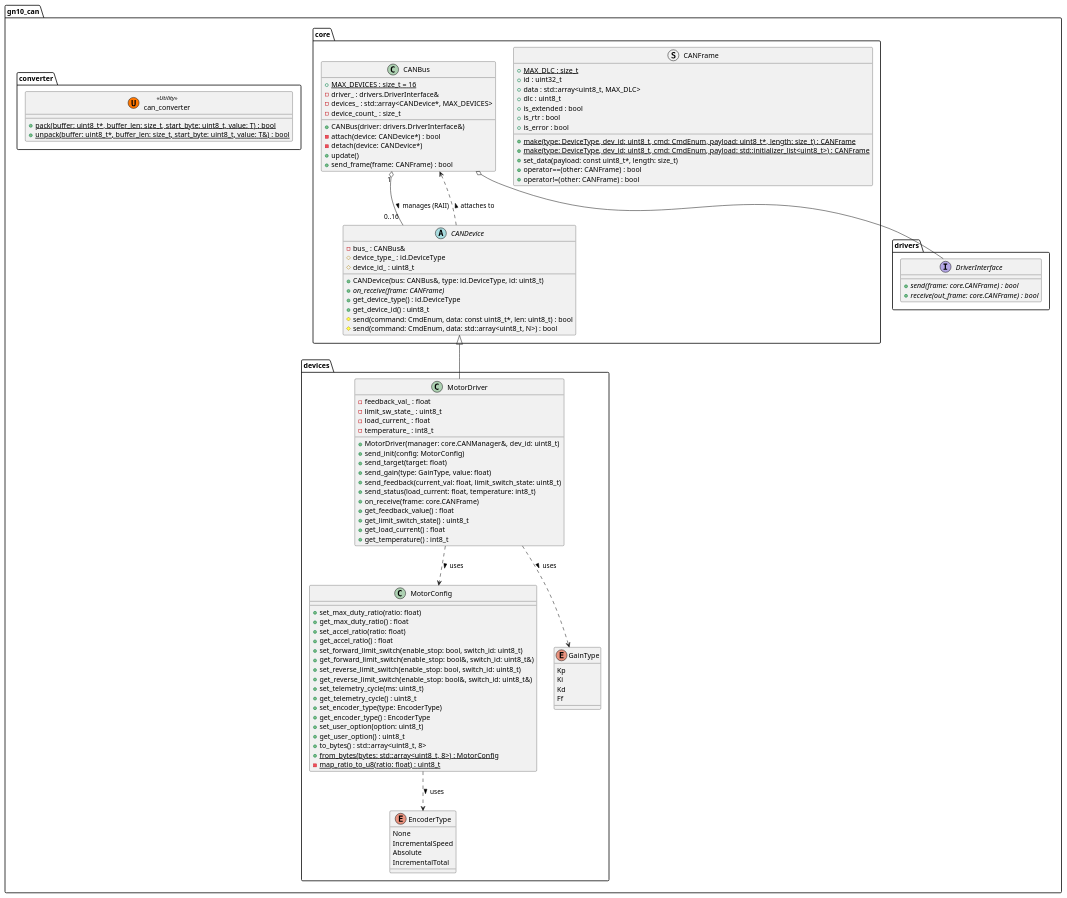
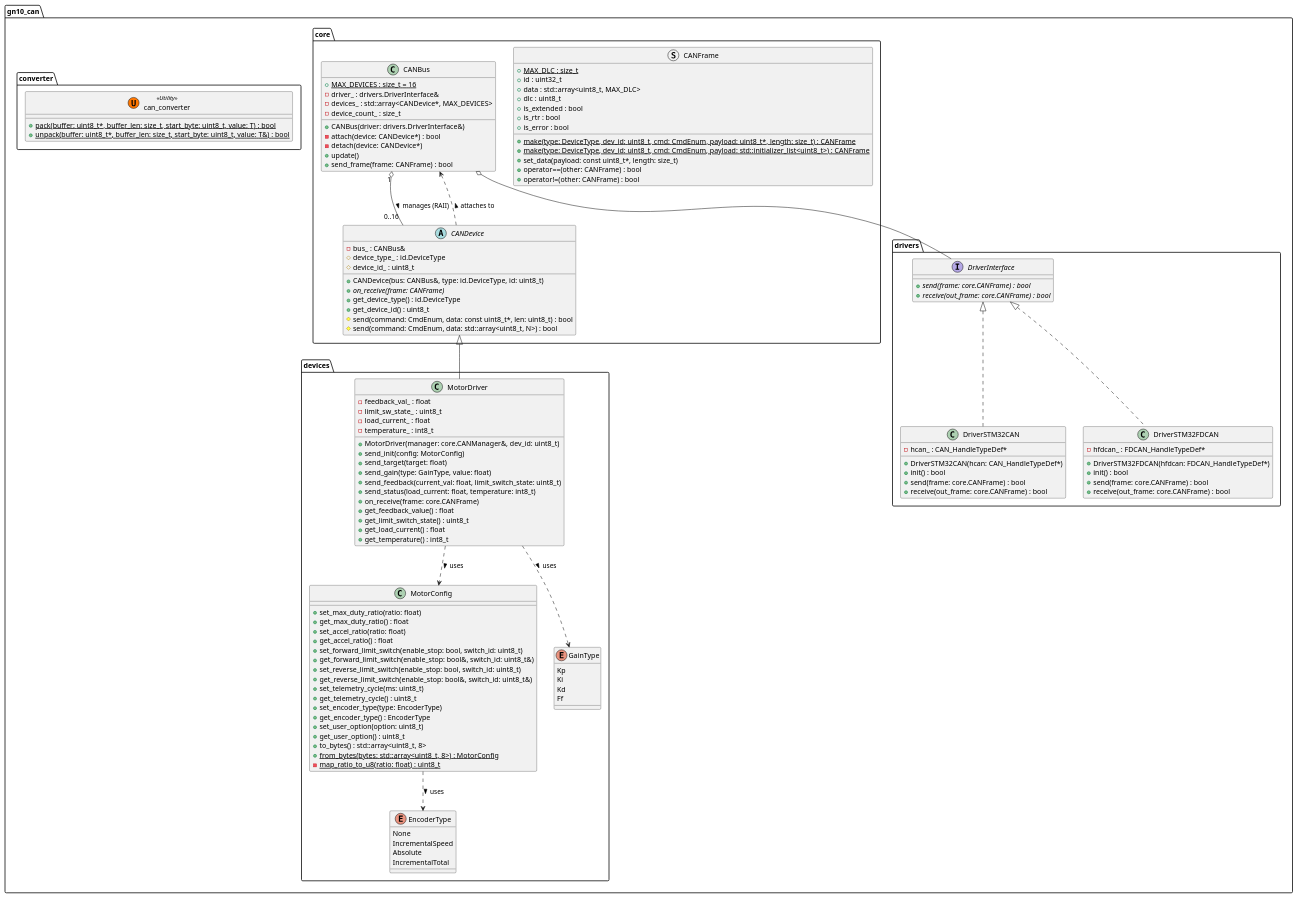
The diagram in uml/class.pu (ararobo/GN10CANModels), drawn with PlantUML before and after one commit. The commit also changed 1 other file, not shown here.

Commit message:
add: DriverSTM32CAN and DriverSTM32FDCAN classes to uml

```diff
--- a/uml/class.pu
+++ b/uml/class.pu
@@ -1,123 +1,142 @@
 @startuml class_diagram
 
 namespace gn10_can {
 
     namespace core {
         struct CANFrame {
             + {static} MAX_DLC : size_t
             + id : uint32_t
             + data : std::array<uint8_t, MAX_DLC>
             + dlc : uint8_t
             + is_extended : bool
             + is_rtr : bool
             + is_error : bool
             + {static} make(type: DeviceType, dev_id: uint8_t, cmd: CmdEnum, payload: uint8_t*, length: size_t) : CANFrame
             + {static} make(type: DeviceType, dev_id: uint8_t, cmd: CmdEnum, payload: std::initializer_list<uint8_t>) : CANFrame
             + set_data(payload: const uint8_t*, length: size_t)
             + operator==(other: CANFrame) : bool
             + operator!=(other: CANFrame) : bool
         }
 
         class CANBus {
             + {static} MAX_DEVICES : size_t = 16
             - driver_ : drivers.DriverInterface&
             - devices_ : std::array<CANDevice*, MAX_DEVICES>
             - device_count_ : size_t
             + CANBus(driver: drivers.DriverInterface&)
             - attach(device: CANDevice*) : bool
             - detach(device: CANDevice*)
             + update()
             + send_frame(frame: CANFrame) : bool
         }
 
         abstract class CANDevice {
             - bus_ : CANBus&
             # device_type_ : id.DeviceType
             # device_id_ : uint8_t
             + CANDevice(bus: CANBus&, type: id.DeviceType, id: uint8_t)
             + {abstract} on_receive(frame: CANFrame)
             + get_device_type() : id.DeviceType
             + get_device_id() : uint8_t
             # send(command: CmdEnum, data: const uint8_t*, len: uint8_t) : bool
             # send(command: CmdEnum, data: std::array<uint8_t, N>) : bool
         }
     }
 
     namespace drivers {
         interface DriverInterface {
             + {abstract} send(frame: core.CANFrame) : bool
             + {abstract} receive(out_frame: core.CANFrame) : bool
+        }
+
+        class DriverSTM32CAN {
+            - hcan_ : CAN_HandleTypeDef*
+            + DriverSTM32CAN(hcan: CAN_HandleTypeDef*)
+            + init() : bool
+            + send(frame: core.CANFrame) : bool
+            + receive(out_frame: core.CANFrame) : bool
+        }
+
+        class DriverSTM32FDCAN {
+            - hfdcan_ : FDCAN_HandleTypeDef*
+            + DriverSTM32FDCAN(hfdcan: FDCAN_HandleTypeDef*)
+            + init() : bool
+            + send(frame: core.CANFrame) : bool
+            + receive(out_frame: core.CANFrame) : bool
         }
     }
 
     namespace devices {
         class MotorDriver {
             - feedback_val_ : float
             - limit_sw_state_ : uint8_t
             - load_current_ : float
             - temperature_ : int8_t
             + MotorDriver(manager: core.CANManager&, dev_id: uint8_t)
             + send_init(config: MotorConfig)
             + send_target(target: float)
             + send_gain(type: GainType, value: float)
             + send_feedback(current_val: float, limit_switch_state: uint8_t)
             + send_status(load_current: float, temperature: int8_t)
             + on_receive(frame: core.CANFrame)
             + get_feedback_value() : float
             + get_limit_switch_state() : uint8_t
             + get_load_current() : float
             + get_temperature() : int8_t
         }
 
         class MotorConfig {
             + set_max_duty_ratio(ratio: float)
             + get_max_duty_ratio() : float
             + set_accel_ratio(ratio: float)
             + get_accel_ratio() : float
             + set_forward_limit_switch(enable_stop: bool, switch_id: uint8_t)
             + get_forward_limit_switch(enable_stop: bool&, switch_id: uint8_t&)
             + set_reverse_limit_switch(enable_stop: bool, switch_id: uint8_t)
             + get_reverse_limit_switch(enable_stop: bool&, switch_id: uint8_t&)
             + set_telemetry_cycle(ms: uint8_t)
             + get_telemetry_cycle() : uint8_t
             + set_encoder_type(type: EncoderType)
             + get_encoder_type() : EncoderType
             + set_user_option(option: uint8_t)
             + get_user_option() : uint8_t
             + to_bytes() : std::array<uint8_t, 8>
             + {static} from_bytes(bytes: std::array<uint8_t, 8>) : MotorConfig
             - {static} map_ratio_to_u8(ratio: float) : uint8_t
         }
         
         enum EncoderType {
             None
             IncrementalSpeed
             Absolute
             IncrementalTotal
         }
 
         enum GainType {
             Kp
             Ki
             Kd
             Ff
         }
     }
     
     namespace converter {
         class can_converter << (U, #FF7700) Utility >> {
             + {static} pack(buffer: uint8_t*, buffer_len: size_t, start_byte: uint8_t, value: T) : bool
             + {static} unpack(buffer: uint8_t*, buffer_len: size_t, start_byte: uint8_t, value: T&) : bool
         }
     }
 
     core.CANBus o-- drivers.DriverInterface
     core.CANBus "1" o-- "0..16" core.CANDevice : manages (RAII) >
     core.CANDevice <|-- devices.MotorDriver
     core.CANDevice ..> core.CANBus : attaches to >
     devices.MotorDriver ..> devices.MotorConfig : uses >
     devices.MotorDriver ..> devices.GainType : uses >
     devices.MotorConfig ..> devices.EncoderType : uses >
+
+    drivers.DriverInterface <|.. drivers.DriverSTM32CAN
+    drivers.DriverInterface <|.. drivers.DriverSTM32FDCAN
 }
 
 @enduml
```
